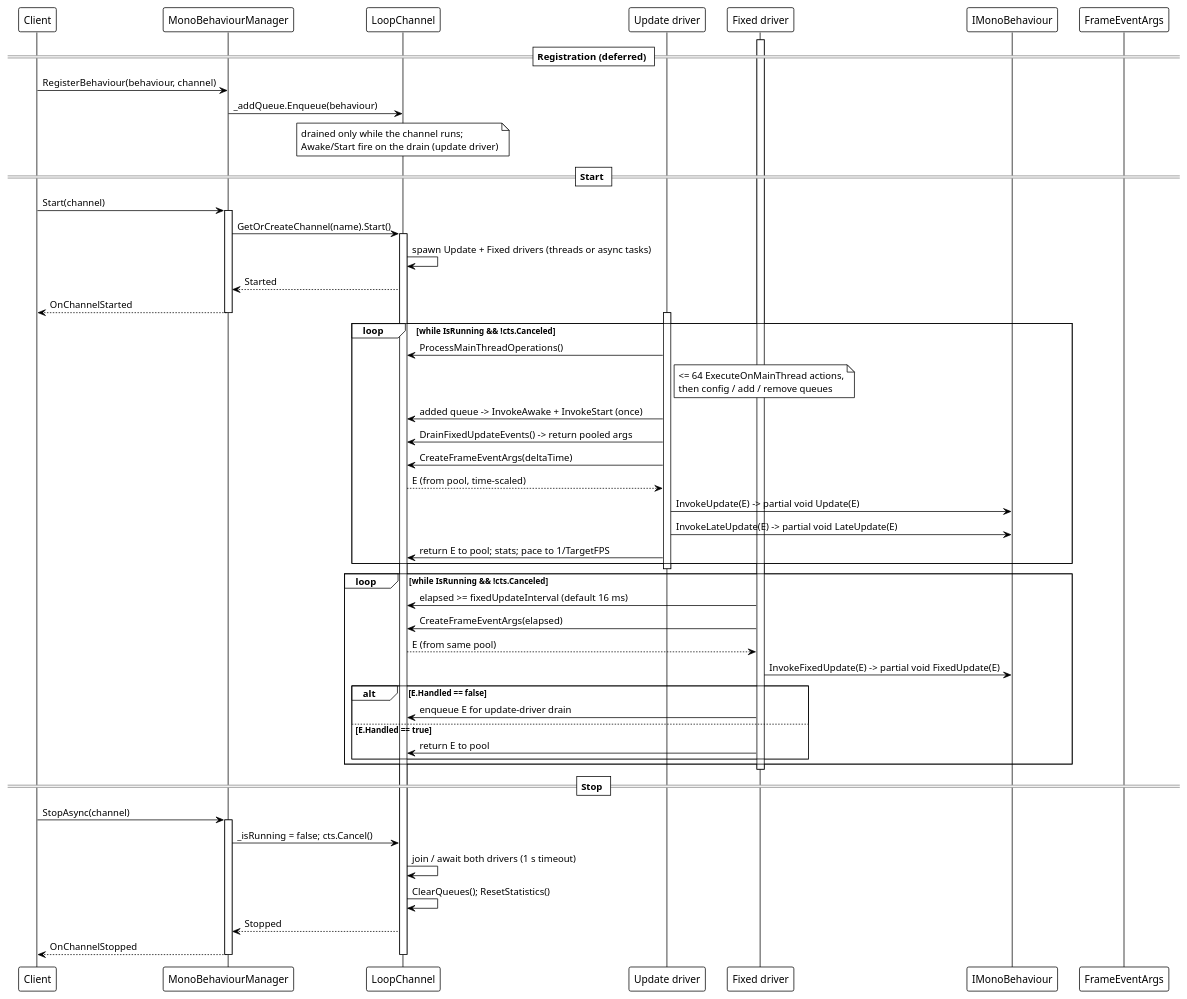
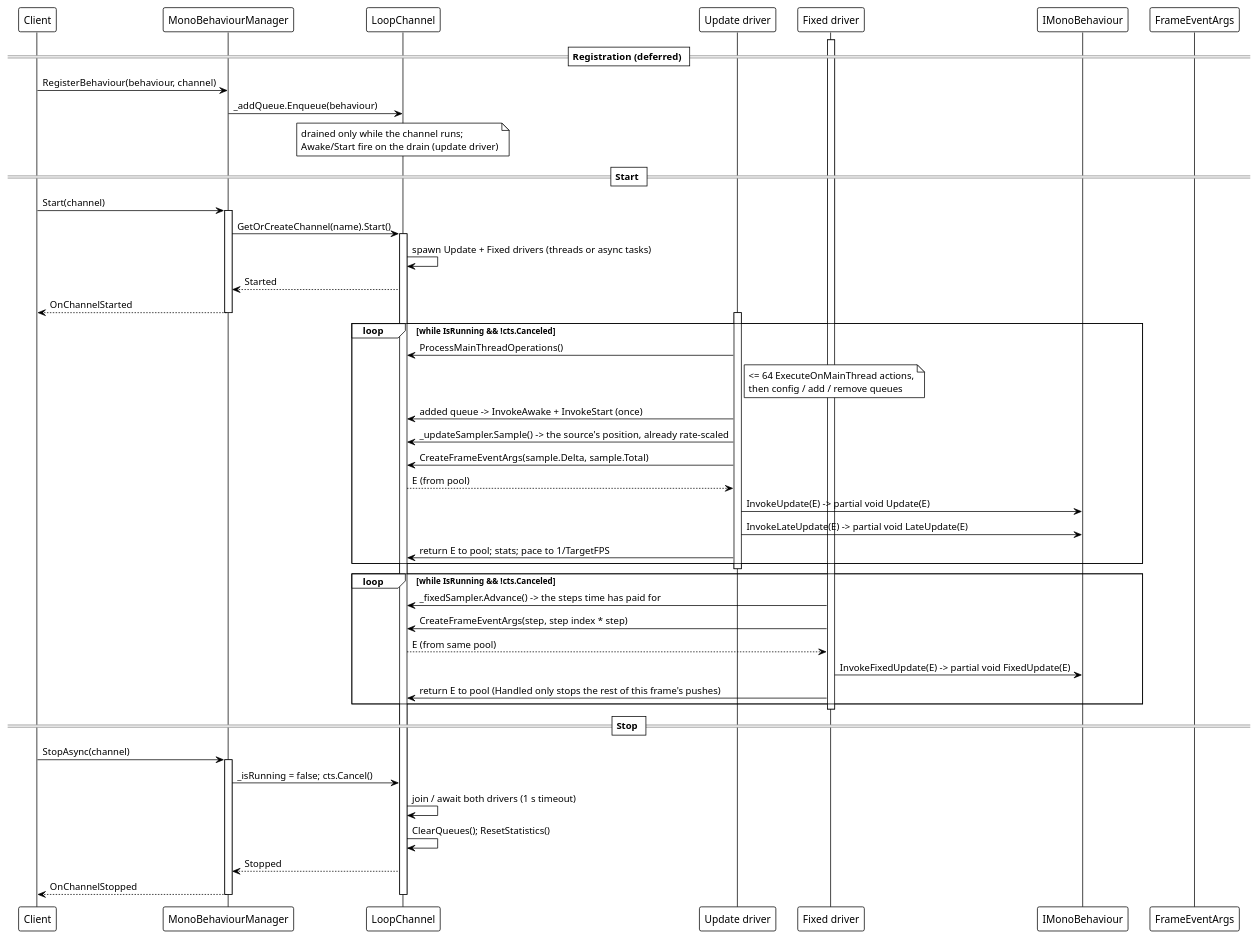
The first of 6 diagrams in src/CloudGlyph/Assets/Docs/content/en/3_SE_Analysis/03_data-flow/06_monobehaviour/index.md (Axvser/VeloxDev.Docs), drawn with PlantUML before and after one commit. The commit also changed other lines of this file and 37 other files, not shown here.

````diff
--- a/src/CloudGlyph/Assets/Docs/content/en/3_SE_Analysis/03_data-flow/06_monobehaviour/index.md
+++ b/src/CloudGlyph/Assets/Docs/content/en/3_SE_Analysis/03_data-flow/06_monobehaviour/index.md
@@ -7,67 +7,63 @@
 ```plantuml
 @startuml
 !theme plain
 
 participant "Client" as C
 participant "MonoBehaviourManager" as M
 participant "LoopChannel" as L
 participant "Update driver" as U
 participant "Fixed driver" as F
 participant "IMonoBehaviour" as B
 participant "FrameEventArgs" as E
 
 == Registration (deferred) ==
 C -> M: RegisterBehaviour(behaviour, channel)
 M -> L: _addQueue.Enqueue(behaviour)
 note over L: drained only while the channel runs;\nAwake/Start fire on the drain (update driver)
 
 == Start ==
 C -> M: Start(channel)
 activate M
 M -> L: GetOrCreateChannel(name).Start()
 activate L
 L -> L: spawn Update + Fixed drivers (threads or async tasks)
 L --> M: Started
 M --> C: OnChannelStarted
 deactivate M
 
 activate U
 loop while IsRunning && !cts.Canceled
     U -> L: ProcessMainThreadOperations()
     note right of U: <= 64 ExecuteOnMainThread actions,\nthen config / add / remove queues
     U -> L: added queue -> InvokeAwake + InvokeStart (once)
-    U -> L: DrainFixedUpdateEvents() -> return pooled args
-    U -> L: CreateFrameEventArgs(deltaTime)
-    L --> U: E (from pool, time-scaled)
+    U -> L: _updateSampler.Sample() -> the source's position, already rate-scaled
+    U -> L: CreateFrameEventArgs(sample.Delta, sample.Total)
+    L --> U: E (from pool)
     U -> B: InvokeUpdate(E) -> partial void Update(E)
     U -> B: InvokeLateUpdate(E) -> partial void LateUpdate(E)
     U -> L: return E to pool; stats; pace to 1/TargetFPS
 end
 deactivate U
 
 activate F
 loop while IsRunning && !cts.Canceled
-    F -> L: elapsed >= fixedUpdateInterval (default 16 ms)
-    F -> L: CreateFrameEventArgs(elapsed)
+    F -> L: _fixedSampler.Advance() -> the steps time has paid for
+    F -> L: CreateFrameEventArgs(step, step index * step)
     L --> F: E (from same pool)
     F -> B: InvokeFixedUpdate(E) -> partial void FixedUpdate(E)
-    alt E.Handled == false
-        F -> L: enqueue E for update-driver drain
-    else E.Handled == true
-        F -> L: return E to pool
-    end
+    F -> L: return E to pool (Handled only stops the rest of this frame's pushes)
 end
 deactivate F
 
 == Stop ==
 C -> M: StopAsync(channel)
 activate M
 M -> L: _isRunning = false; cts.Cancel()
 L -> L: join / await both drivers (1 s timeout)
 L -> L: ClearQueues(); ResetStatistics()
 L --> M: Stopped
 M --> C: OnChannelStopped
 deactivate M
 deactivate L
 @enduml
 ```
````
